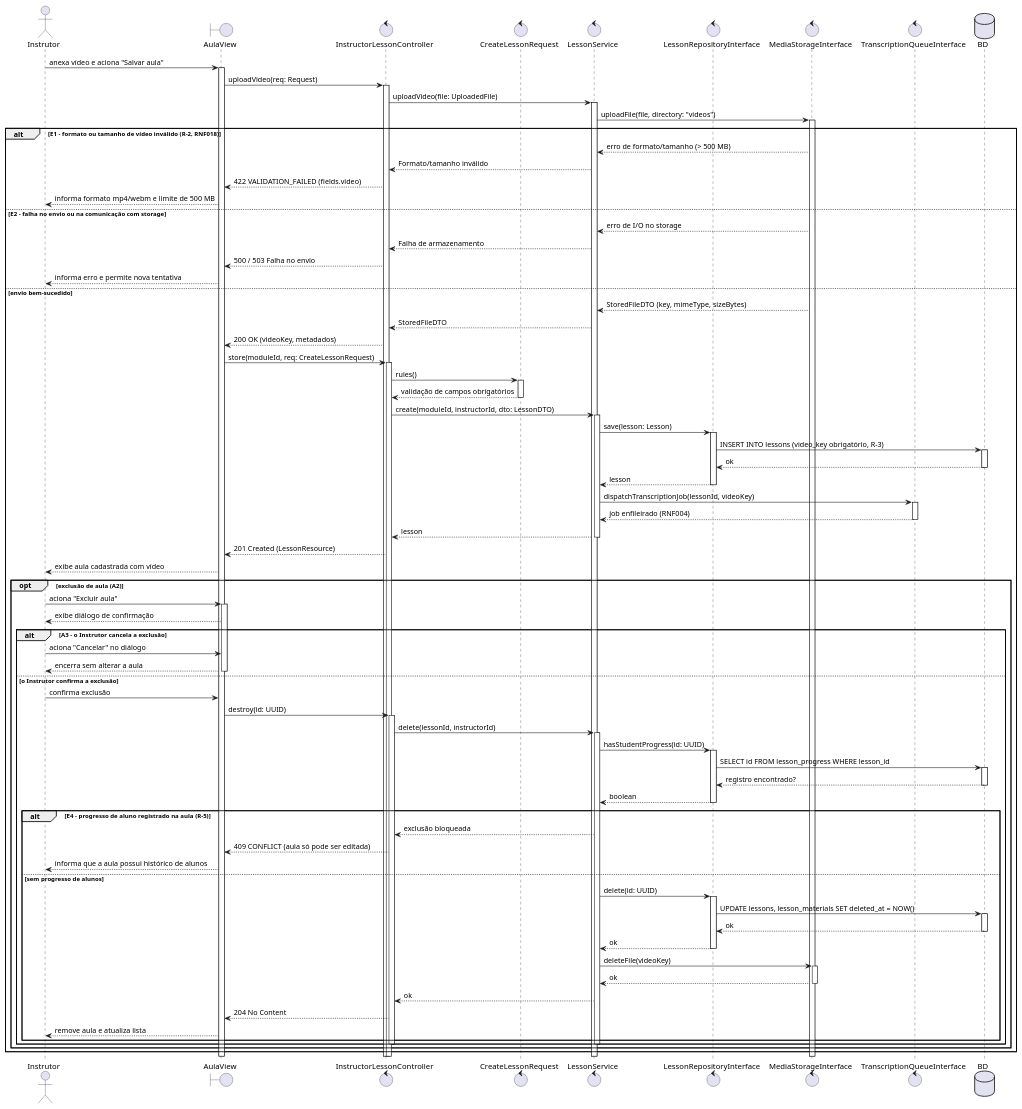
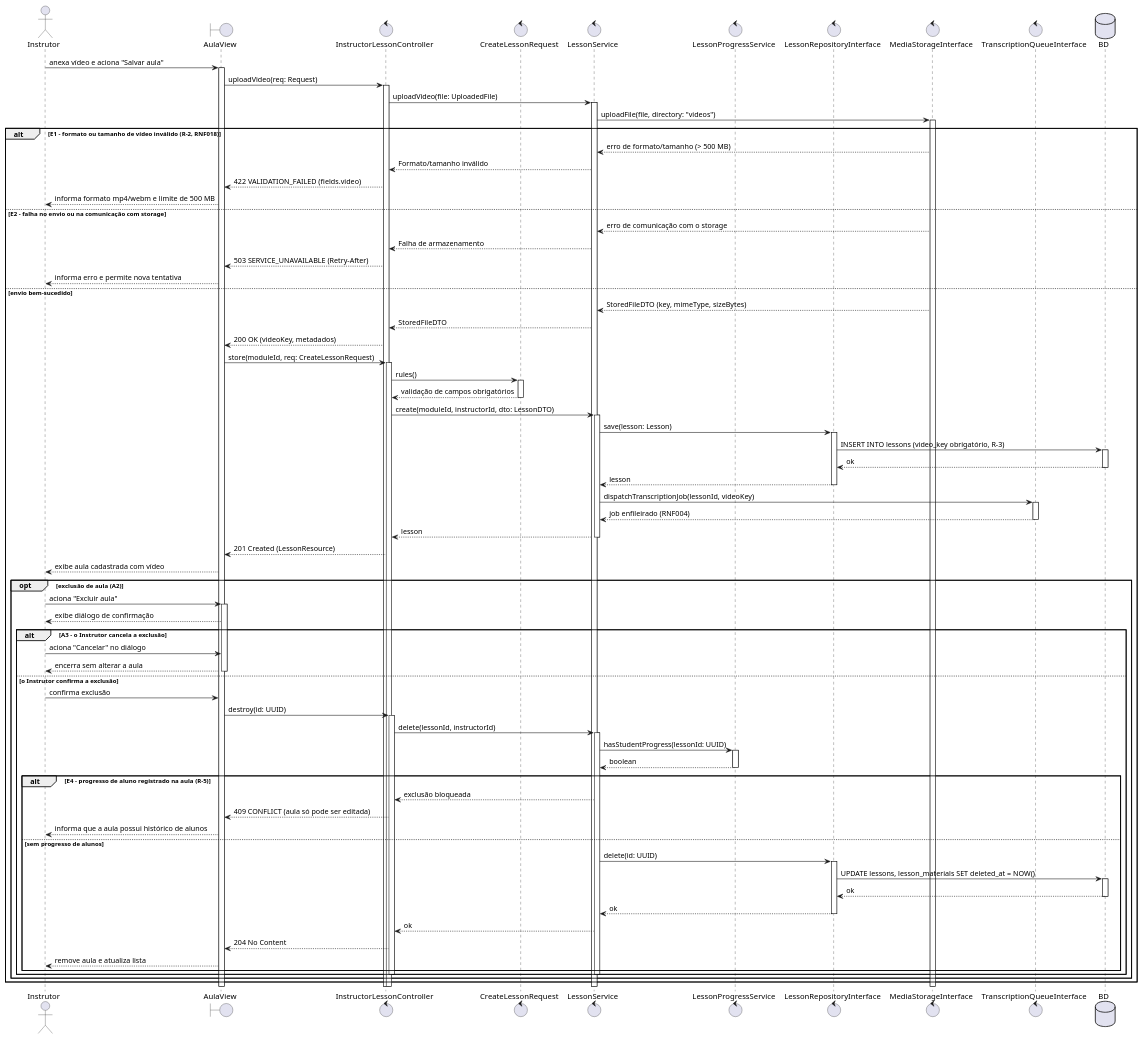
Before and after one commit to Plataforma-de-Cursos-TCC/plataforma-cursos-docs: the diagram in scripts/drawio-seqgen/exemplos/14-sequencia-uc015.puml, drawn with PlantUML. The commit also changed 9 other files, not shown here.

First line of the commit message:
docs(diagrama-de-sequencia): model archive flow and area C calls in area B

```diff
--- a/scripts/drawio-seqgen/exemplos/14-sequencia-uc015.puml
+++ b/scripts/drawio-seqgen/exemplos/14-sequencia-uc015.puml
@@ -3,78 +3,75 @@
 @startuml 14-sequencia-uc015
 
 actor Instrutor as INS
 boundary AulaView as V
 control InstructorLessonController as C
 control CreateLessonRequest as Q
 control LessonService as S
+control LessonProgressService as P
 control LessonRepositoryInterface as R
 control MediaStorageInterface as M
 control TranscriptionQueueInterface as T
 database BD
 
 INS -> V ++ : anexa vídeo e aciona "Salvar aula"
 V -> C ++ : uploadVideo(req: Request)
 C -> S ++ : uploadVideo(file: UploadedFile)
 S -> M ++ : uploadFile(file, directory: "videos")
 alt E1 - formato ou tamanho de vídeo inválido (R-2, RNF018)
   M --> S : erro de formato/tamanho (> 500 MB)
   S --> C : Formato/tamanho inválido
   C --> V : 422 VALIDATION_FAILED (fields.video)
   V --> INS : informa formato mp4/webm e limite de 500 MB
 else E2 - falha no envio ou na comunicação com storage
-  M --> S : erro de I/O no storage
+  M --> S : erro de comunicação com o storage
   S --> C : Falha de armazenamento
-  C --> V : 500 / 503 Falha no envio
+  C --> V : 503 SERVICE_UNAVAILABLE (Retry-After)
   V --> INS : informa erro e permite nova tentativa
 else envio bem-sucedido
   M --> S : StoredFileDTO (key, mimeType, sizeBytes)
   S --> C : StoredFileDTO
   C --> V : 200 OK (videoKey, metadados)
   V -> C ++ : store(moduleId, req: CreateLessonRequest)
   C -> Q ++ : rules()
   Q --> C -- : validação de campos obrigatórios
   C -> S ++ : create(moduleId, instructorId, dto: LessonDTO)
   S -> R ++ : save(lesson: Lesson)
   R -> BD ++ : INSERT INTO lessons (video_key obrigatório, R-3)
   BD --> R -- : ok
   R --> S -- : lesson
   S -> T ++ : dispatchTranscriptionJob(lessonId, videoKey)
   T --> S -- : job enfileirado (RNF004)
   S --> C -- : lesson
   C --> V : 201 Created (LessonResource)
   V --> INS : exibe aula cadastrada com vídeo
   opt exclusão de aula (A2)
     INS -> V ++ : aciona "Excluir aula"
     V --> INS : exibe diálogo de confirmação
     alt A3 - o Instrutor cancela a exclusão
       INS -> V : aciona "Cancelar" no diálogo
       V --> INS -- : encerra sem alterar a aula
     else o Instrutor confirma a exclusão
       INS -> V : confirma exclusão
       V -> C ++ : destroy(id: UUID)
       C -> S ++ : delete(lessonId, instructorId)
-      S -> R ++ : hasStudentProgress(id: UUID)
-      R -> BD ++ : SELECT id FROM lesson_progress WHERE lesson_id
-      BD --> R -- : registro encontrado?
-      R --> S -- : boolean
+      S -> P ++ : hasStudentProgress(lessonId: UUID)
+      P --> S -- : boolean
       alt E4 - progresso de aluno registrado na aula (R-5)
         S --> C : exclusão bloqueada
         C --> V : 409 CONFLICT (aula só pode ser editada)
         V --> INS : informa que a aula possui histórico de alunos
       else sem progresso de alunos
         S -> R ++ : delete(id: UUID)
         R -> BD ++ : UPDATE lessons, lesson_materials SET deleted_at = NOW()
         BD --> R -- : ok
         R --> S -- : ok
-        S -> M ++ : deleteFile(videoKey)
-        M --> S -- : ok
         S --> C : ok
         C --> V : 204 No Content
         V --> INS : remove aula e atualiza lista
       end
       deactivate S
       deactivate C
     end
   end
 end
 @enduml
```
